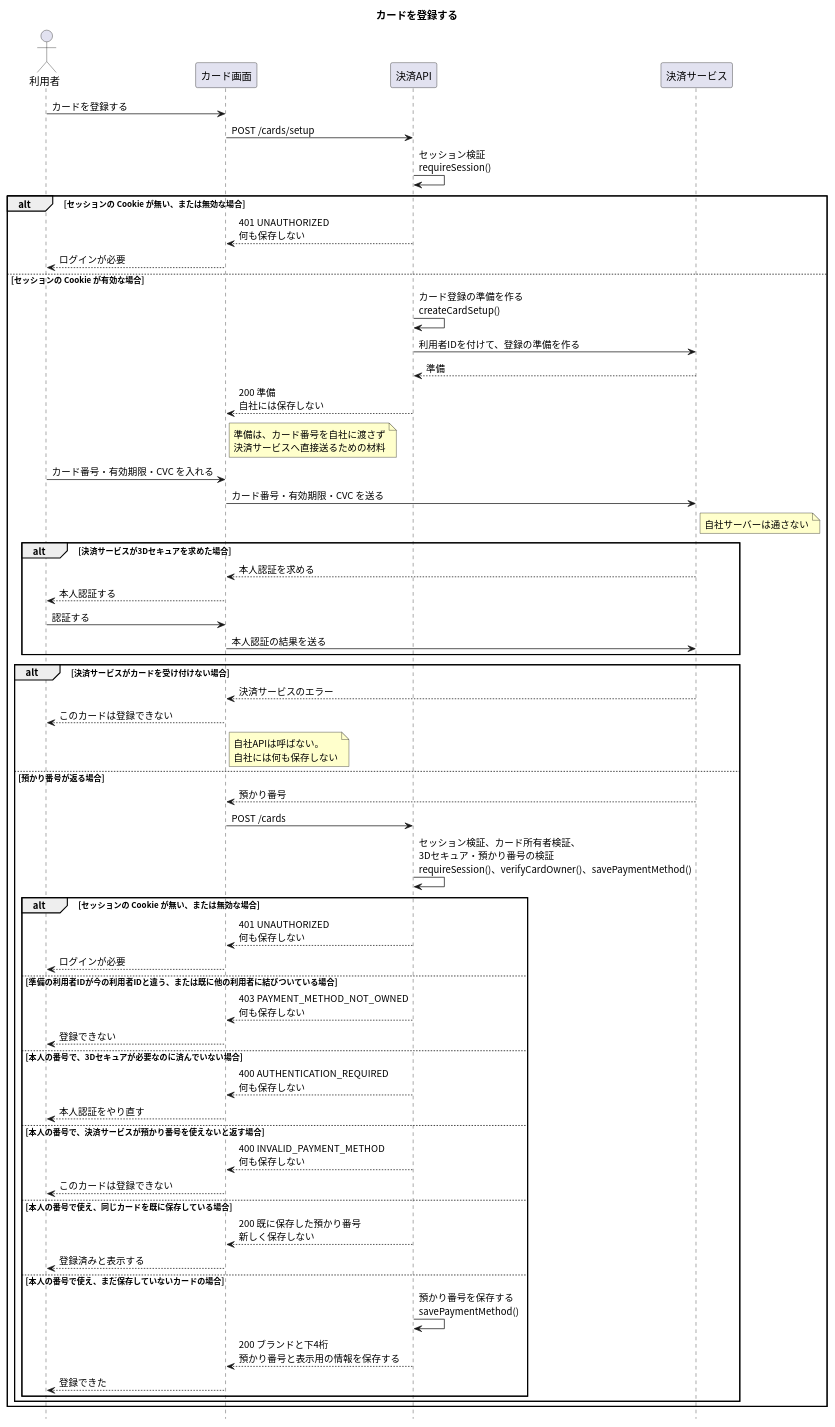
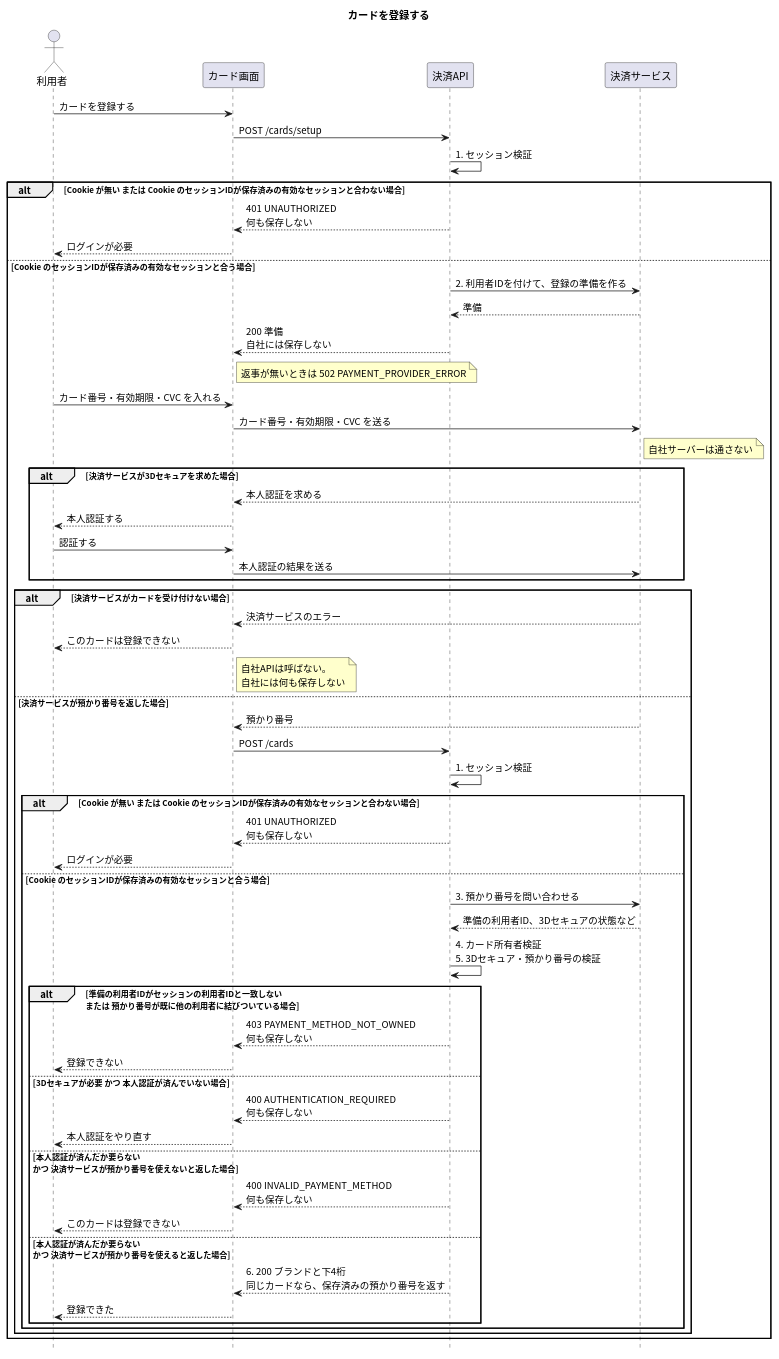
The diagram in apis/register-card/入口.puml (masamasamasato/design-doc-template), drawn with PlantUML before and after one commit. The commit also changed 28 other files, not shown here.

```diff
--- a/apis/register-card/入口.puml
+++ b/apis/register-card/入口.puml
@@ -1,66 +1,66 @@
 @startuml
 skinparam shadowing false
 skinparam defaultFontName "Noto Sans CJK JP"
 skinparam SequenceFontName "Noto Sans CJK JP"
 skinparam NoteBackgroundColor #FFFFCC
 hide footbox
 
 title カードを登録する
 
 actor "利用者" as User
 participant "カード画面" as Screen
 participant "決済API" as API
 participant "決済サービス" as PSP
 
 User -> Screen : カードを登録する
 Screen -> API : POST /cards/setup
-API -> API : セッション検証\nrequireSession()
-alt セッションの Cookie が無い、または無効な場合
+API -> API : 1. セッション検証
+alt Cookie が無い または Cookie のセッションIDが保存済みの有効なセッションと合わない場合
   API --> Screen : 401 UNAUTHORIZED\n何も保存しない
   Screen --> User : ログインが必要
-else セッションの Cookie が有効な場合
-  API -> API : カード登録の準備を作る\ncreateCardSetup()
-  API -> PSP : 利用者IDを付けて、登録の準備を作る
+else Cookie のセッションIDが保存済みの有効なセッションと合う場合
+  API -> PSP : 2. 利用者IDを付けて、登録の準備を作る
   PSP --> API : 準備
   API --> Screen : 200 準備\n自社には保存しない
-  note right of Screen : 準備は、カード番号を自社に渡さず\n決済サービスへ直接送るための材料
+  note right of Screen : 返事が無いときは 502 PAYMENT_PROVIDER_ERROR
   User -> Screen : カード番号・有効期限・CVC を入れる
   Screen -> PSP : カード番号・有効期限・CVC を送る
   note right of PSP : 自社サーバーは通さない
   alt 決済サービスが3Dセキュアを求めた場合
     PSP --> Screen : 本人認証を求める
     Screen --> User : 本人認証する
     User -> Screen : 認証する
     Screen -> PSP : 本人認証の結果を送る
   end
   alt 決済サービスがカードを受け付けない場合
     PSP --> Screen : 決済サービスのエラー
     Screen --> User : このカードは登録できない
     note right of Screen : 自社APIは呼ばない。\n自社には何も保存しない
-  else 預かり番号が返る場合
+  else 決済サービスが預かり番号を返した場合
     PSP --> Screen : 預かり番号
     Screen -> API : POST /cards
-    API -> API : セッション検証、カード所有者検証、\n3Dセキュア・預かり番号の検証\nrequireSession()、verifyCardOwner()、savePaymentMethod()
-    alt セッションの Cookie が無い、または無効な場合
+    API -> API : 1. セッション検証
+    alt Cookie が無い または Cookie のセッションIDが保存済みの有効なセッションと合わない場合
       API --> Screen : 401 UNAUTHORIZED\n何も保存しない
       Screen --> User : ログインが必要
-    else 準備の利用者IDが今の利用者IDと違う、または既に他の利用者に結びついている場合
-      API --> Screen : 403 PAYMENT_METHOD_NOT_OWNED\n何も保存しない
-      Screen --> User : 登録できない
-    else 本人の番号で、3Dセキュアが必要なのに済んでいない場合
-      API --> Screen : 400 AUTHENTICATION_REQUIRED\n何も保存しない
-      Screen --> User : 本人認証をやり直す
-    else 本人の番号で、決済サービスが預かり番号を使えないと返す場合
-      API --> Screen : 400 INVALID_PAYMENT_METHOD\n何も保存しない
-      Screen --> User : このカードは登録できない
-    else 本人の番号で使え、同じカードを既に保存している場合
-      API --> Screen : 200 既に保存した預かり番号\n新しく保存しない
-      Screen --> User : 登録済みと表示する
-    else 本人の番号で使え、まだ保存していないカードの場合
-      API -> API : 預かり番号を保存する\nsavePaymentMethod()
-      API --> Screen : 200 ブランドと下4桁\n預かり番号と表示用の情報を保存する
-      Screen --> User : 登録できた
+    else Cookie のセッションIDが保存済みの有効なセッションと合う場合
+      API -> PSP : 3. 預かり番号を問い合わせる
+      PSP --> API : 準備の利用者ID、3Dセキュアの状態など
+      API -> API : 4. カード所有者検証\n5. 3Dセキュア・預かり番号の検証
+      alt 準備の利用者IDがセッションの利用者IDと一致しない\nまたは 預かり番号が既に他の利用者に結びついている場合
+        API --> Screen : 403 PAYMENT_METHOD_NOT_OWNED\n何も保存しない
+        Screen --> User : 登録できない
+      else 3Dセキュアが必要 かつ 本人認証が済んでいない場合
+        API --> Screen : 400 AUTHENTICATION_REQUIRED\n何も保存しない
+        Screen --> User : 本人認証をやり直す
+      else 本人認証が済んだか要らない\nかつ 決済サービスが預かり番号を使えないと返した場合
+        API --> Screen : 400 INVALID_PAYMENT_METHOD\n何も保存しない
+        Screen --> User : このカードは登録できない
+      else 本人認証が済んだか要らない\nかつ 決済サービスが預かり番号を使えると返した場合
+        API --> Screen : 6. 200 ブランドと下4桁\n同じカードなら、保存済みの預かり番号を返す
+        Screen --> User : 登録できた
+      end
     end
   end
 end
 @enduml
```
